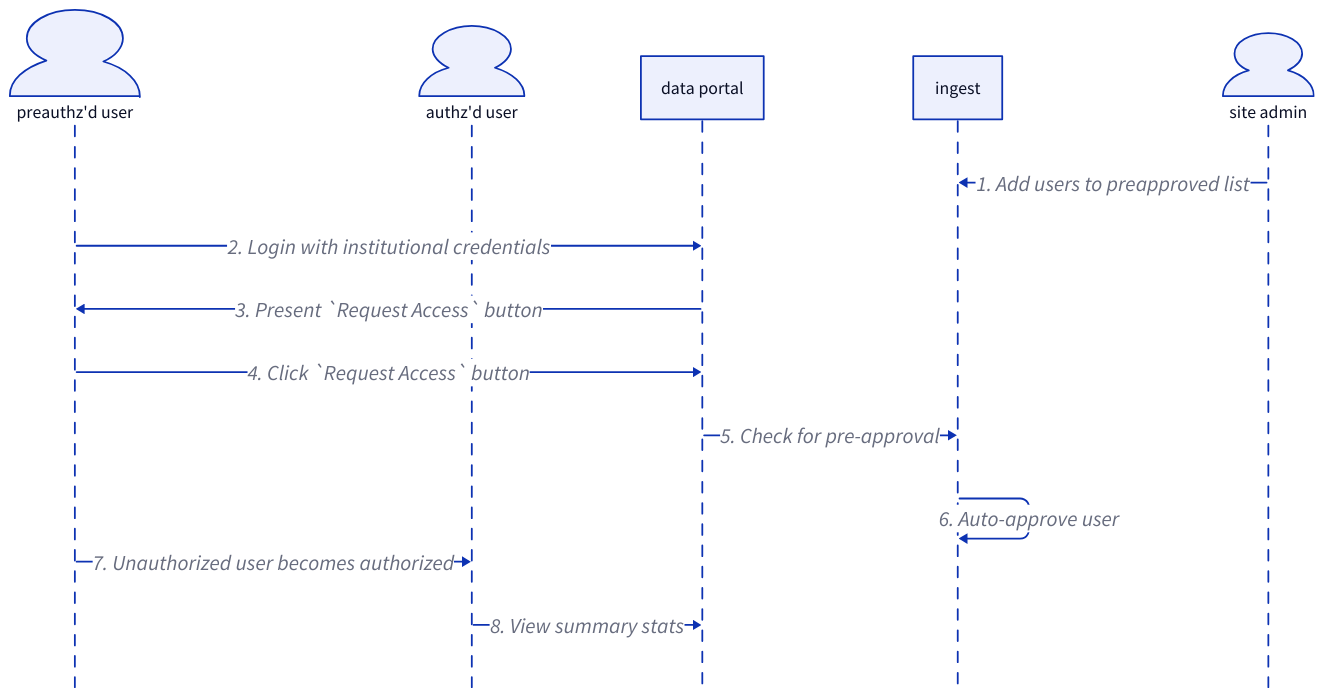
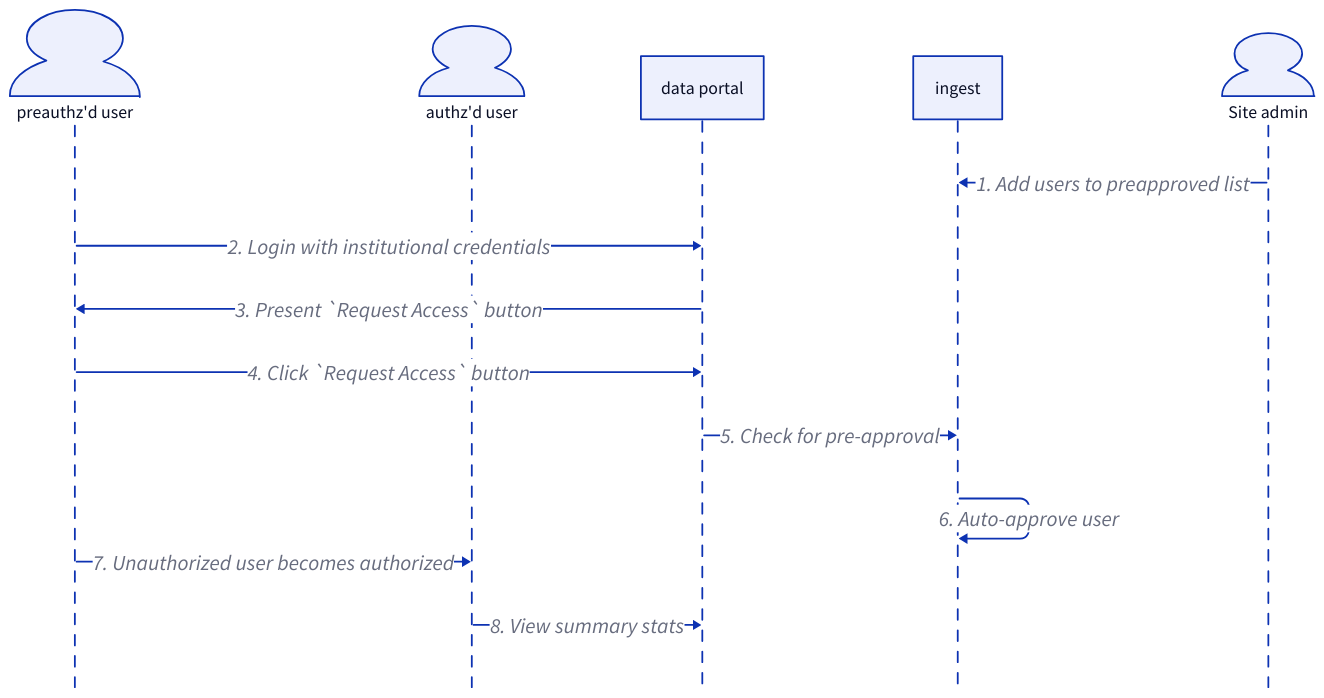
The second of 2 diagrams in docs/src/content/docs/user-roles/roles-overview.mdx (CanDIG/CanDIGv2), drawn with D2 before and after one commit. The commit also changed other lines of this file and 6 other files, not shown here.

````diff
--- a/docs/src/content/docs/user-roles/roles-overview.mdx
+++ b/docs/src/content/docs/user-roles/roles-overview.mdx
@@ -75,22 +99,22 @@
 ```d2 
 # User request flow
 shape: sequence_diagram
 preauthz'd user: {shape: person}
 preauthz'd user.style.font-size: 20
 authz'd user: {shape: person}
 authz'd user.style.font-size: 20
 data portal
 data portal.style.font-size: 20
 ingest
 ingest.style.font-size: 20
-site admin: {shape: person}
-site admin.style.font-size: 20
-site admin -> ingest: 1. Add users to preapproved list {style: {font-size: 24}}
+Site admin: {shape: person}
+Site admin.style.font-size: 20
+Site admin -> ingest: 1. Add users to preapproved list {style: {font-size: 24}}
 preauthz'd user -> data portal: 2. Login with institutional credentials {style: {font-size: 24}}
 data portal -> preauthz'd user: 3. Present `Request Access` button {style: {font-size: 24}}
 preauthz'd user -> data portal: 4. Click `Request Access` button {style: {font-size: 24}}
 data portal -> ingest: 5. Check for pre-approval {style: {font-size: 24}}
 ingest -> ingest: 6. Auto-approve user {style: {font-size: 24}}
 preauthz'd user -> authz'd user: 7. Unauthorized user becomes authorized {style: {font-size: 24}}
 authz'd user -> data portal: 8. View summary stats {style: {font-size: 24}}
 ```
````
